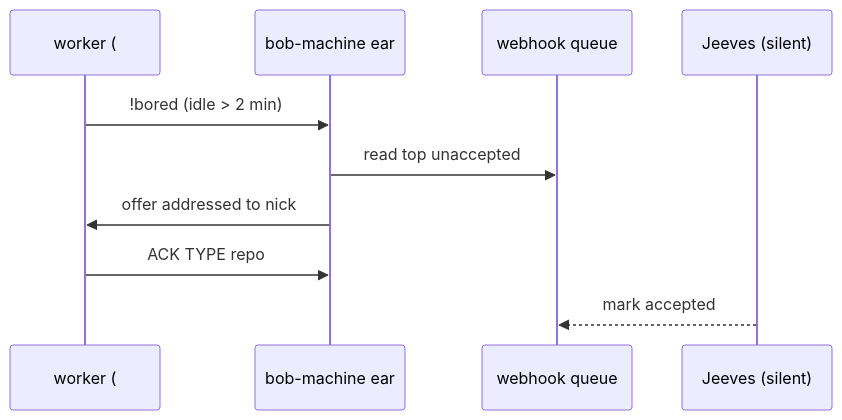
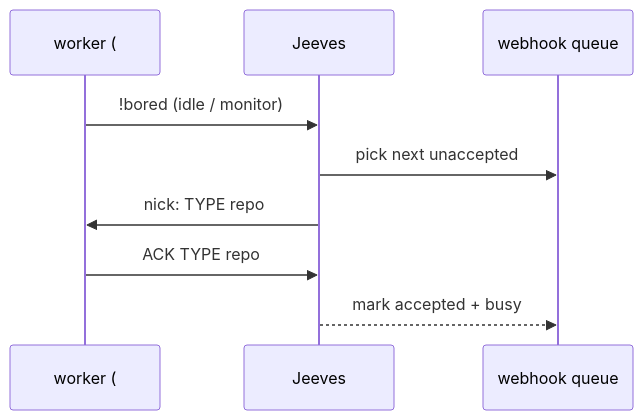
The fifth of 11 diagrams in README.md (SimonBarnett/gh-Jeeves), drawn with Mermaid before and after one commit. The commit also changed other lines of this file and 6 other files, not shown here.

First line of the commit message:
docs(#146): align brief/spec with FR #106 Jeeves assign-on-!bored

````diff
--- a/README.md
+++ b/README.md
@@ -129,12 +129,11 @@
 ```mermaid
 sequenceDiagram
   participant W as worker (#machine)
-  participant E as bob-machine ear
+  participant J as Jeeves
   participant Q as webhook queue
-  participant J as Jeeves (silent)
-  W->>E: !bored (idle > 2 min)
-  E->>Q: read top unaccepted
-  E->>W: offer addressed to nick
-  W->>E: ACK TYPE repo#n
-  J-->>Q: mark accepted
+  W->>J: !bored (idle / monitor)
+  J->>Q: pick next unaccepted
+  J->>W: nick: TYPE repo#n url
+  W->>J: ACK TYPE repo#n
+  J-->>Q: mark accepted + busy
 ```
````
